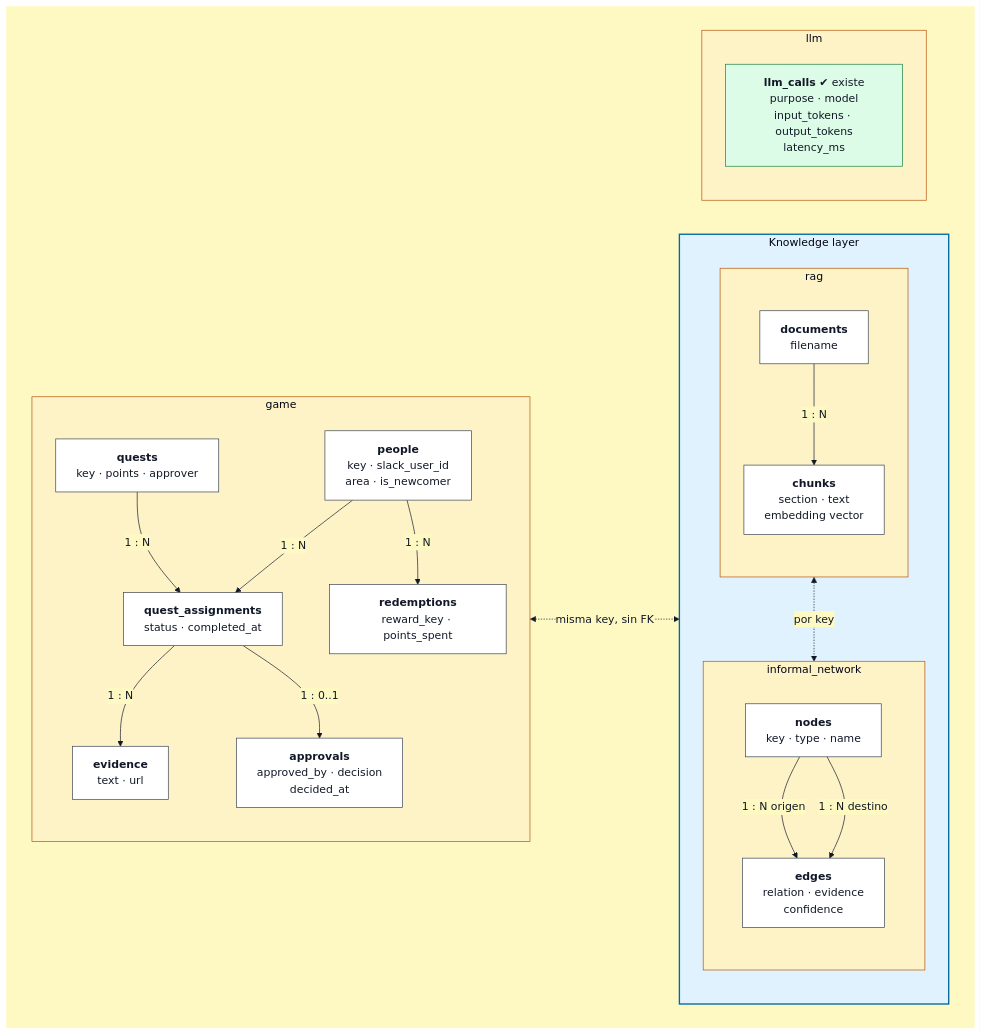
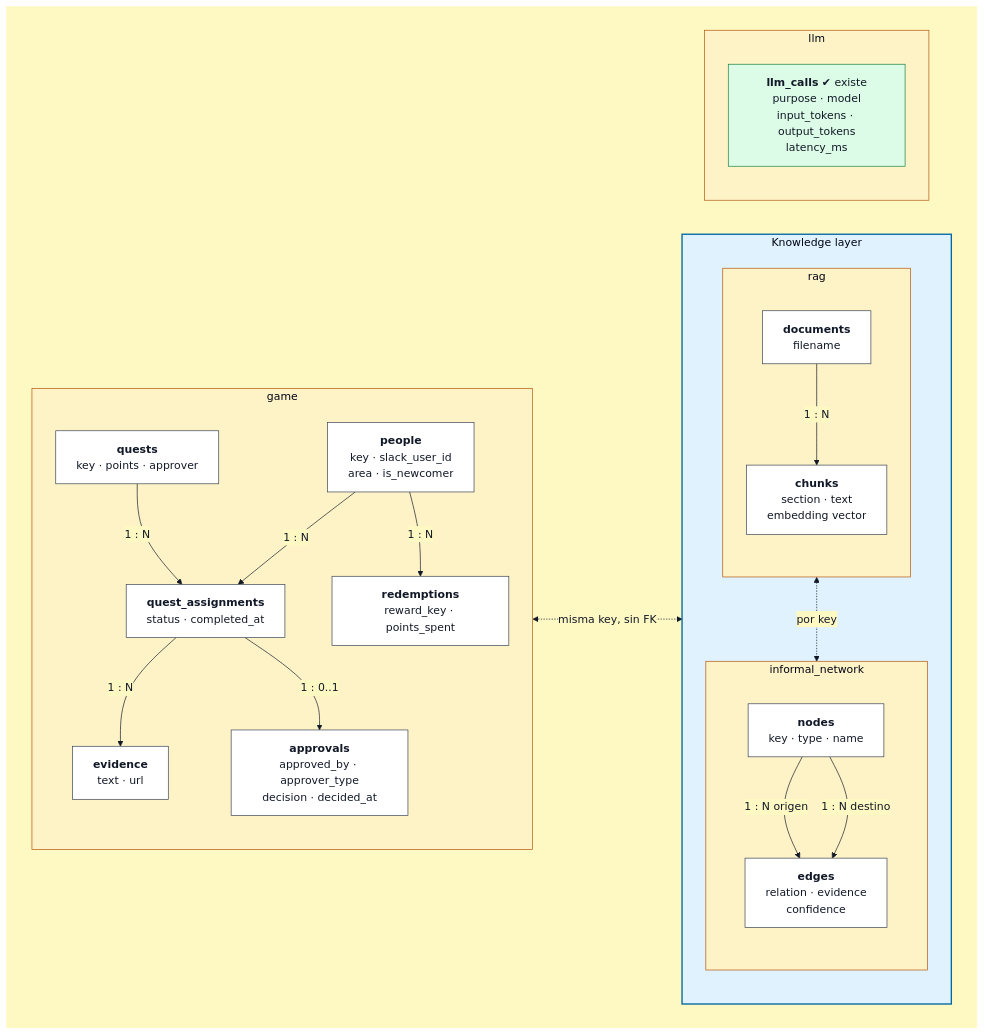
Before and after one commit to eruann/IAA-2026-onboarding-con-agentes: the seventh of 8 diagrams in docs/diagramas.md, drawn with Mermaid. The commit also changed 10 other files, not shown here.

````diff
--- a/docs/diagramas.md
+++ b/docs/diagramas.md
@@ -504,79 +504,79 @@
 ```mermaid
 %%{init: {
   "theme": "base",
   "themeVariables": {
     "background": "#fef9c3",
     "primaryColor": "#ffffff",
     "primaryTextColor": "#111827",
     "primaryBorderColor": "#374151",
     "secondaryColor": "#fde68a",
     "tertiaryColor": "#fffbeb",
     "lineColor": "#111827",
     "textColor": "#111827",
     "clusterBkg": "#fef3c7",
     "clusterBorder": "#b45309",
     "edgeLabelBackground": "#fef9c3",
     "noteBkgColor": "#fde68a",
     "noteTextColor": "#111827",
     "actorBkg": "#ffffff",
     "actorBorder": "#374151",
     "actorTextColor": "#111827",
     "actorLineColor": "#374151",
     "signalColor": "#111827",
     "signalTextColor": "#111827",
     "labelBoxBkgColor": "#ffffff",
     "labelTextColor": "#111827",
     "loopTextColor": "#111827"
   }
 }}%%
 flowchart LR
   %% Recuadro amarillo: fondo fijo, igual en editores claros y oscuros
   subgraph FONDO[" "]
     direction LR
 
     subgraph GAME["game"]
       direction TB
       PEOPLE["<b>people</b><br/>key · slack_user_id<br/>area · is_newcomer"]
       QUESTS["<b>quests</b><br/>key · points · approver"]
       ASSIGN["<b>quest_assignments</b><br/>status · completed_at"]
       EVID["<b>evidence</b><br/>text · url"]
-      APPR["<b>approvals</b><br/>approved_by · decision<br/>decided_at"]
+      APPR["<b>approvals</b><br/>approved_by · approver_type<br/>decision · decided_at"]
       REDEEM["<b>redemptions</b><br/>reward_key · points_spent"]
     end
 
     subgraph KL["Knowledge layer"]
       direction TB
       subgraph KG["informal_network"]
         direction TB
         NODES["<b>nodes</b><br/>key · type · name"]
         EDGES["<b>edges</b><br/>relation · evidence<br/>confidence"]
       end
 
       subgraph RAG["rag"]
         direction TB
         DOCS["<b>documents</b><br/>filename"]
         CHUNKS["<b>chunks</b><br/>section · text<br/>embedding vector"]
       end
     end
 
     subgraph LLM["llm"]
       CALLS["<b>llm_calls</b> ✔ existe<br/>purpose · model<br/>input_tokens · output_tokens<br/>latency_ms"]
     end
 
     PEOPLE -- "1 : N" --> ASSIGN
     QUESTS -- "1 : N" --> ASSIGN
     ASSIGN -- "1 : N" --> EVID
     ASSIGN -- "1 : 0..1" --> APPR
     PEOPLE -- "1 : N" --> REDEEM
     NODES -- "1 : N origen" --> EDGES
     NODES -- "1 : N destino" --> EDGES
     DOCS -- "1 : N" --> CHUNKS
 
     PEOPLE <-. "misma key, sin FK" .-> NODES
     DOCS <-. "por key" .-> NODES
   end
   style FONDO fill:#fef9c3,stroke:#fef9c3
   style KL fill:#e0f2fe,stroke:#0369a1,stroke-width:2px
   classDef existe fill:#dcfce7,stroke:#15803d,color:#111827
   class CALLS existe
 ```
````
